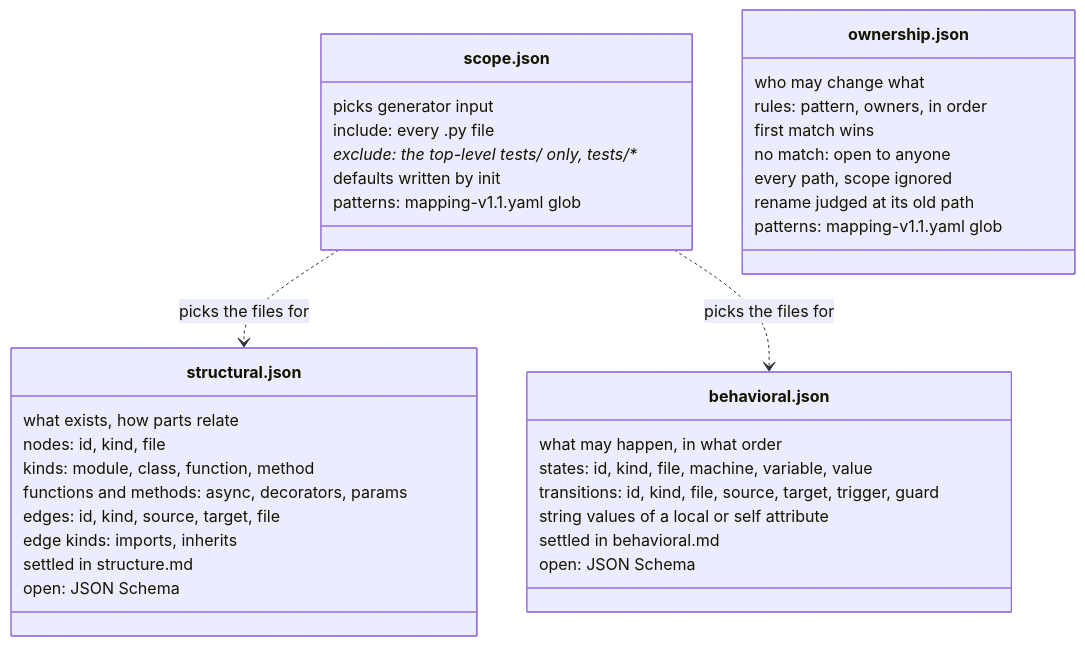
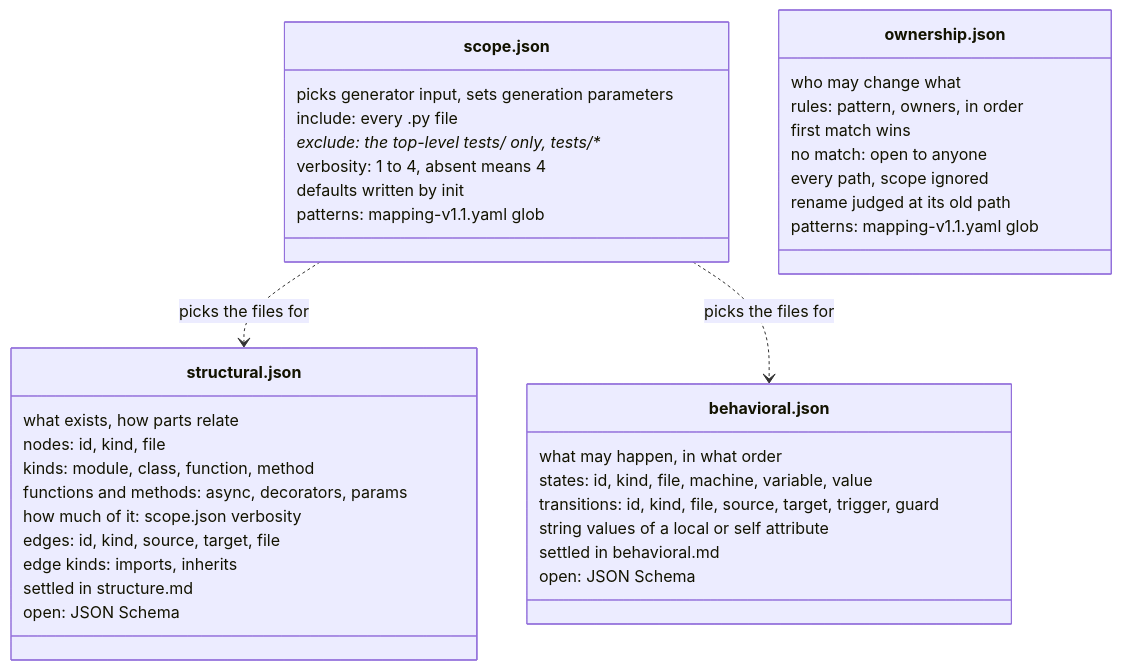
Before and after one commit to MuhammadSban/DocumentationModelDrifter: the diagram in docs/diagrams/models-folder.md, drawn with Mermaid. The commit also changed other lines of this file and 6 other files, not shown here.

````diff
--- a/docs/diagrams/models-folder.md
+++ b/docs/diagrams/models-folder.md
@@ -7,43 +7,45 @@
 ```mermaid
 classDiagram
     accTitle: The four files in /models
     accDescr: scope.json picks which files feed the structural and behavioral generators. structural.json holds nodes and edges, behavioral.json states and transitions, ownership.json an ordered list of rules. Open items are named in each box.
 
     class scope["scope.json"] {
-        picks generator input
+        picks generator input, sets generation parameters
         include: every .py file
         exclude: the top-level tests/ only, tests/**
+        verbosity: 1 to 4, absent means 4
         defaults written by init
         patterns: mapping-v1.1.yaml glob
     }
     class structural["structural.json"] {
         what exists, how parts relate
         nodes: id, kind, file
         kinds: module, class, function, method
         functions and methods: async, decorators, params
+        how much of it: scope.json verbosity
         edges: id, kind, source, target, file
         edge kinds: imports, inherits
         settled in structure.md
         open: JSON Schema
     }
     class behavioral["behavioral.json"] {
         what may happen, in what order
         states: id, kind, file, machine, variable, value
         transitions: id, kind, file, source, target, trigger, guard
         string values of a local or self attribute
         settled in behavioral.md
         open: JSON Schema
     }
     class ownership["ownership.json"] {
         who may change what
         rules: pattern, owners, in order
         first match wins
         no match: open to anyone
         every path, scope ignored
         rename judged at its old path
         patterns: mapping-v1.1.yaml glob
     }
 
     scope ..> structural : picks the files for
     scope ..> behavioral : picks the files for
 ```
````
